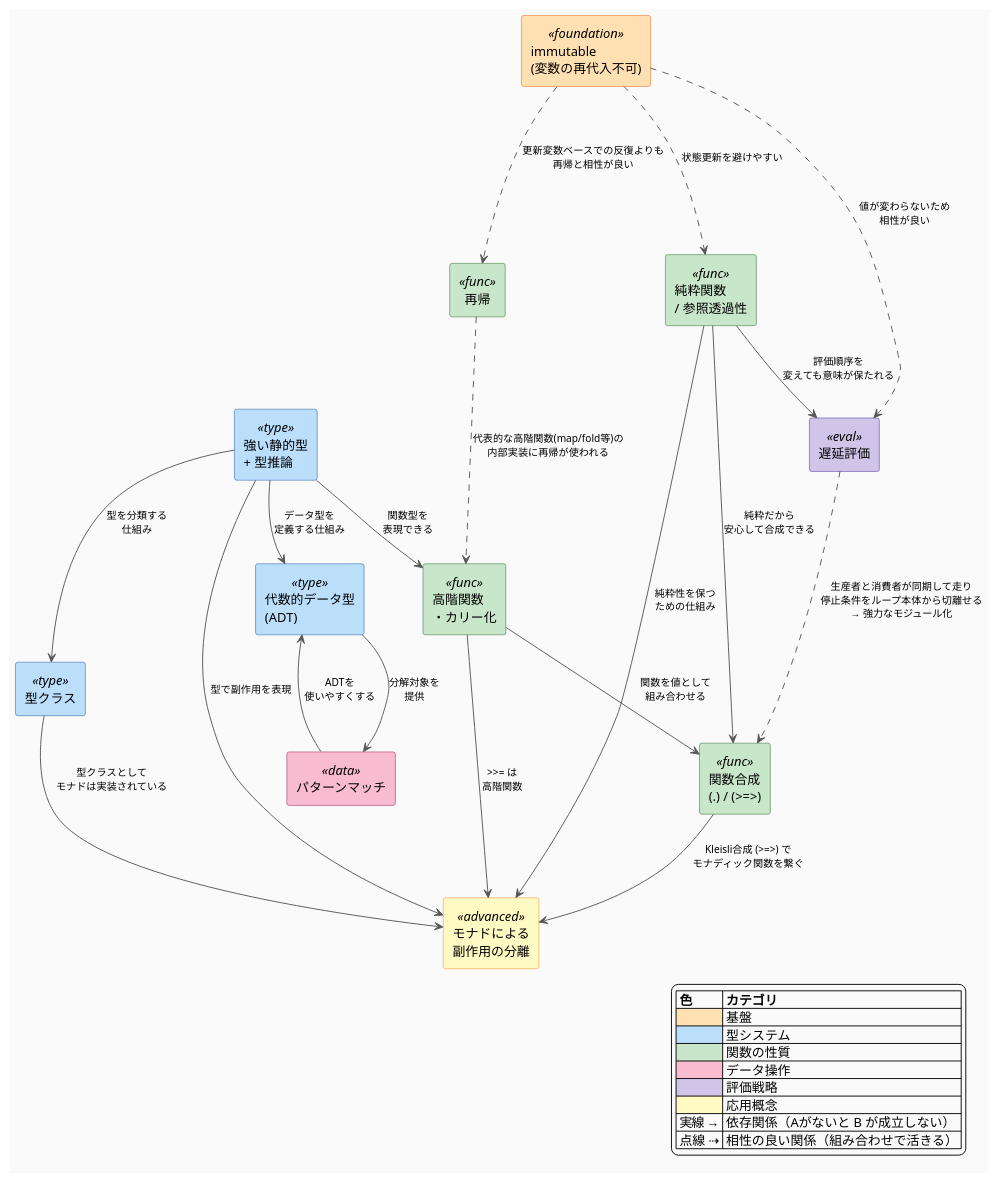
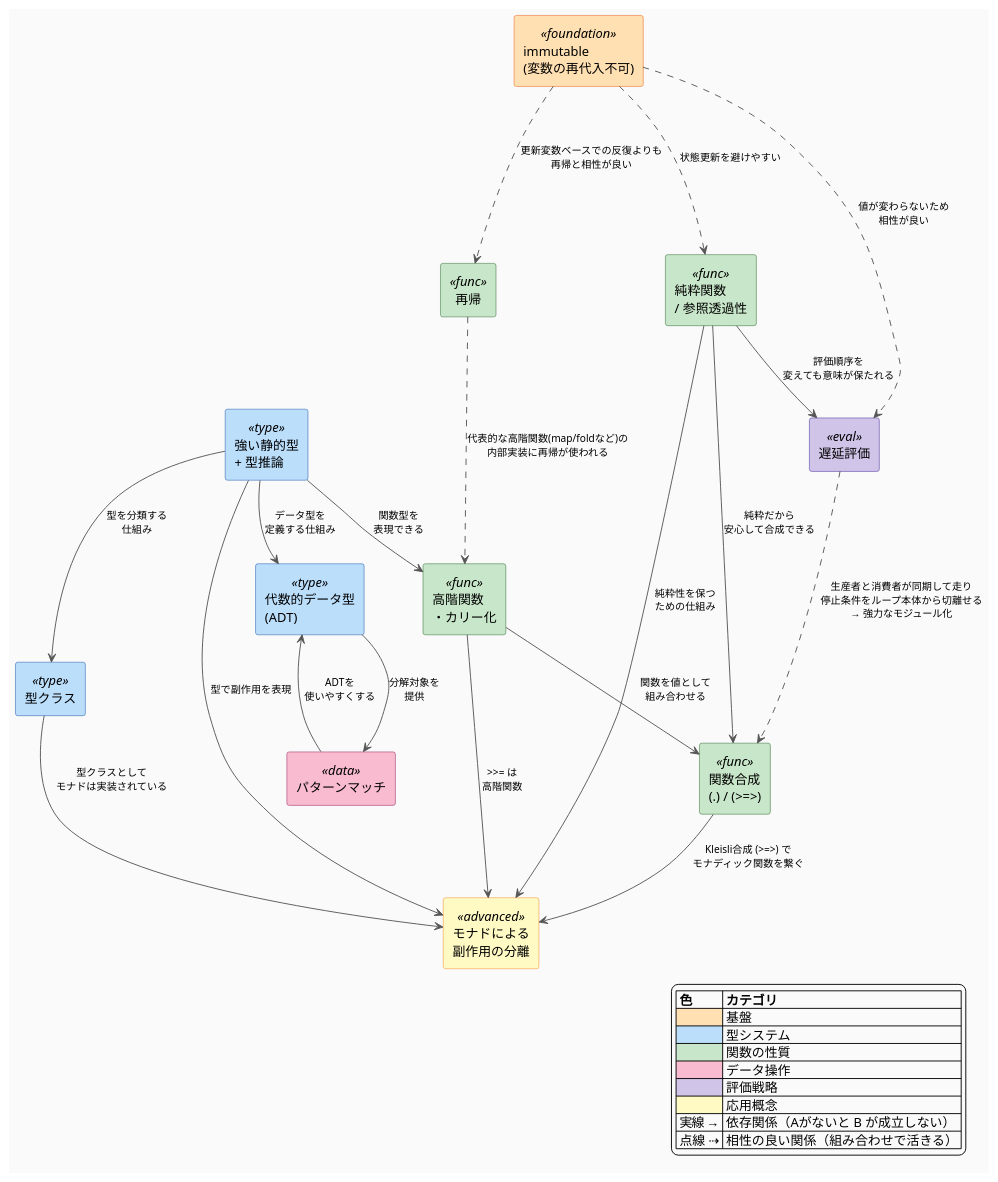
One commit to RyosukeDTomita/zenn_article_book changed the diagram in articles/haskell-functional-programming-intro.md. Above: the diagram before and after it, drawn with PlantUML. The commit also changed other lines of this file, not shown here.

````diff
--- a/articles/haskell-functional-programming-intro.md
+++ b/articles/haskell-functional-programming-intro.md
@@ -176,66 +180,67 @@
 ```plantuml
 @startuml Haskell Concepts Dependencies
 skinparam backgroundColor #FAFAFA
 skinparam defaultFontName "Helvetica"
 skinparam ArrowColor #555555
 skinparam ArrowFontSize 11
 skinparam rectangle {
     BackgroundColor<<foundation>> #FFE0B2
     BorderColor<<foundation>> #E65100
     BackgroundColor<<type>> #BBDEFB
     BorderColor<<type>> #0D47A1
     BackgroundColor<<func>> #C8E6C9
     BorderColor<<func>> #1B5E20
     BackgroundColor<<data>> #F8BBD0
     BorderColor<<data>> #880E4F
     BackgroundColor<<eval>> #D1C4E9
     BorderColor<<eval>> #311B92
     BackgroundColor<<advanced>> #FFF9C4
     BorderColor<<advanced>> #F57F17
 }
 ' === ノード定義 ===
 rectangle "immutable\n(変数の再代入不可)" as IMM <<foundation>>
 rectangle "強い静的型\n+ 型推論" as TYPE <<type>>
 rectangle "型クラス" as TC <<type>>
 rectangle "代数的データ型\n(ADT)" as ADT <<type>>
 rectangle "純粋関数\n/ 参照透過性" as PURE <<func>>
 rectangle "高階関数\n・カリー化" as HOF <<func>>
 rectangle "関数合成\n(.) / (>=>)" as COMP <<func>>
 rectangle "再帰" as REC <<func>>
 rectangle "パターンマッチ" as PM <<data>>
 rectangle "遅延評価" as LAZY <<eval>>
 rectangle "モナドによる\n副作用の分離" as MONAD <<advanced>>
 ' === 依存関係（実線）===
 TYPE --> TC : "型を分類する\n仕組み"
 TYPE --> ADT : "データ型を\n定義する仕組み"
 ADT --> PM : "分解対象を\n提供"
 PM --> ADT : "ADTを\n使いやすくする"
 TYPE --> HOF : "関数型を\n表現できる"
 HOF --> COMP : "関数を値として\n組み合わせる"
 PURE --> COMP : "純粋だから\n安心して合成できる"
 PURE --> LAZY : "評価順序を\n変えても意味が保たれる"
 TC --> MONAD : "型クラスとして\nモナドは実装されている"
 PURE --> MONAD : "純粋性を保つ\nための仕組み"
 TYPE --> MONAD : "型で副作用を表現"
 HOF --> MONAD : ">>= は\n高階関数"
 COMP --> MONAD : "Kleisli合成 (>=>) で\nモナディック関数を繋ぐ"
 ' === 相性の良い関係（点線）===
 IMM -.-> REC : "更新変数ベースでの反復よりも\n再帰と相性が良い"
 IMM -.-> LAZY : "値が変わらないため\n相性が良い"
-REC -.-> HOF : "代表的な高階関数(map/fold等)の\n内部実装に再帰が使われる"
+REC -.-> HOF : "代表的な高階関数(map/foldなど)の\n内部実装に再帰が使われる"
 LAZY -.-> COMP : "生産者と消費者が同期して走り\n停止条件をループ本体から切離せる\n→ 強力なモジュール化"
 IMM -.-> PURE : "状態更新を避けやすい"
+' レイアウト調整
 IMM -[hidden]down- TYPE
 legend right
   |= 色 |= カテゴリ |
   |<#FFE0B2>| 基盤 |
   |<#BBDEFB>| 型システム |
   |<#C8E6C9>| 関数の性質 |
   |<#F8BBD0>| データ操作 |
   |<#D1C4E9>| 評価戦略 |
   |<#FFF9C4>| 応用概念 |
   | 実線 → | 依存関係（Aがないと B が成立しない） |
   | 点線 ⇢ | 相性の良い関係（組み合わせで活きる） |
 endlegend
 @enduml
 ```
````
